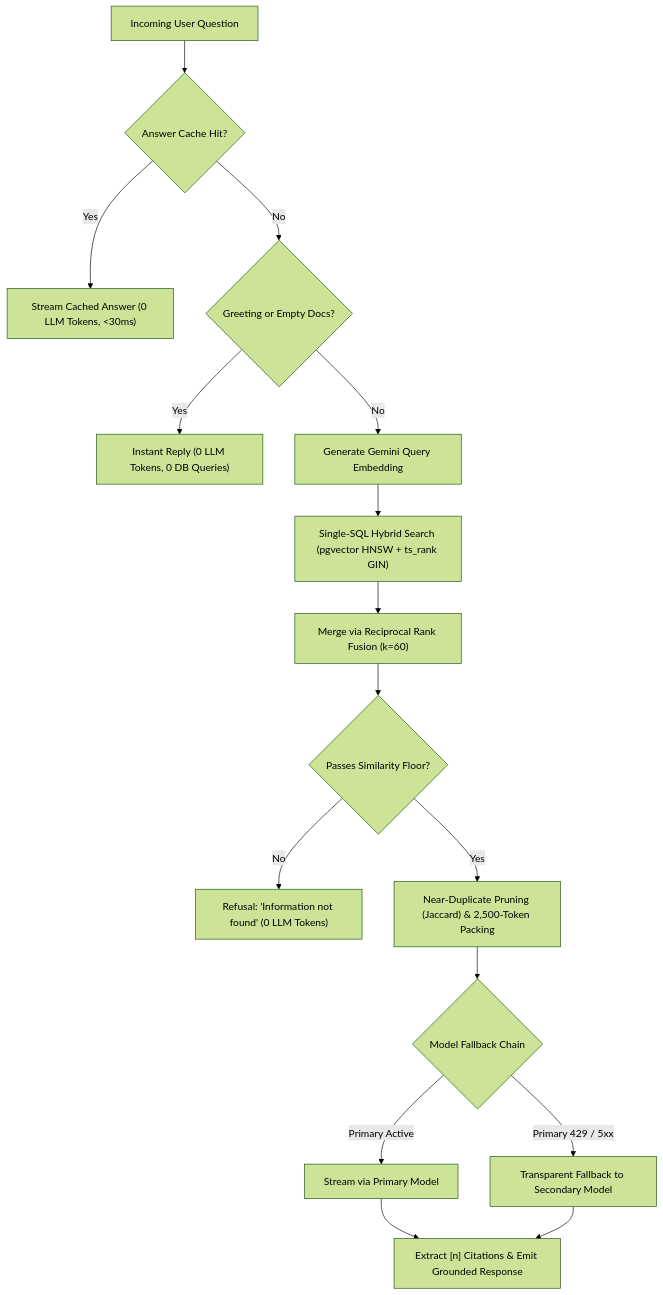
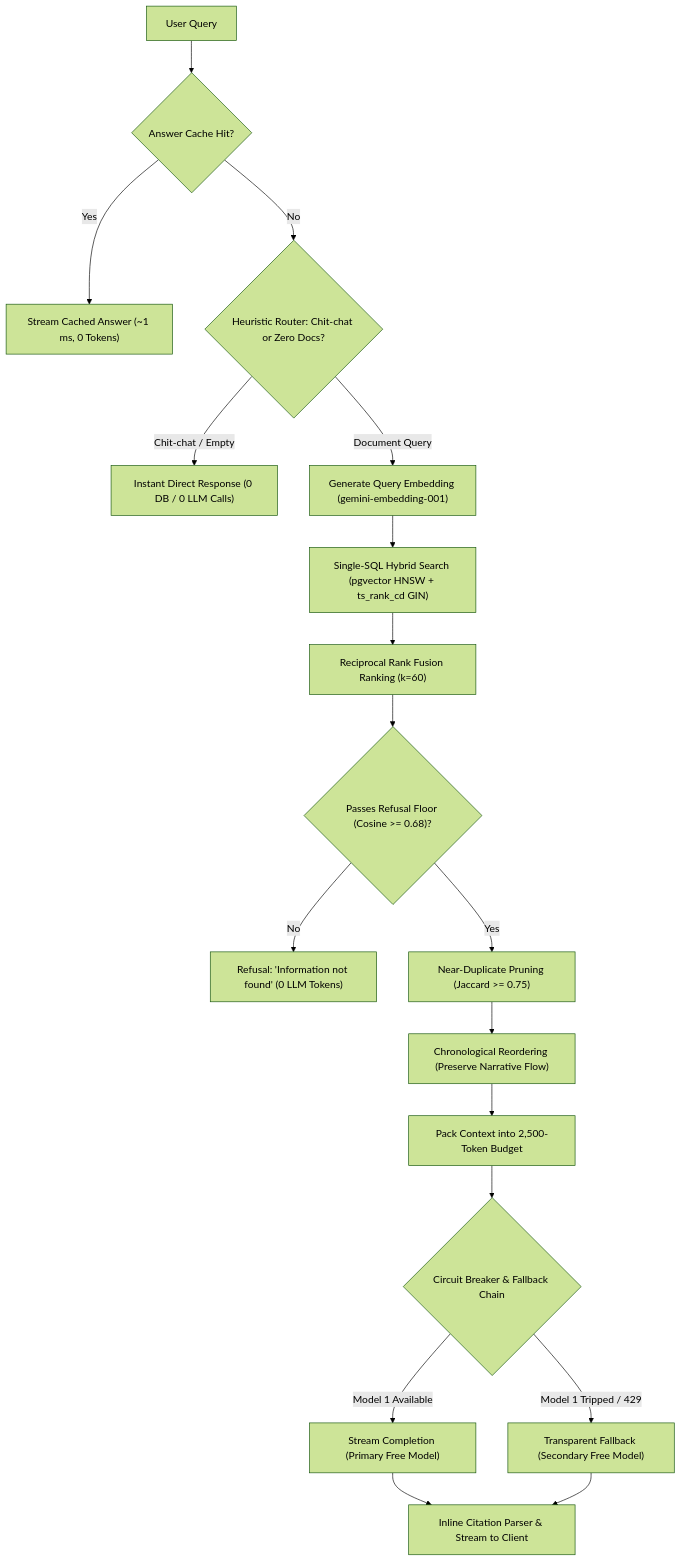
One commit to nitin7414/knowledgebase changed the second of 2 diagrams in README.md. Above: the diagram before and after it, drawn with Mermaid (forest theme). The commit also changed other lines of this file and 33 other files, not shown here.

````diff
--- a/README.md
+++ b/README.md
@@ -79,18 +91,20 @@
 ```mermaid
 flowchart TD
-    UserQuery["Incoming User Question"] --> AnswerCache{"Answer Cache Hit?"}
-    AnswerCache -->|Yes| StreamCached["Stream Cached Answer (0 LLM Tokens, <30ms)"]
-    AnswerCache -->|No| Heuristic{"Greeting or Empty Docs?"}
-    Heuristic -->|Yes| FastReply["Instant Reply (0 LLM Tokens, 0 DB Queries)"]
-    Heuristic -->|No| QueryVector["Generate Gemini Query Embedding"]
-    QueryVector --> HybridSQL["Single-SQL Hybrid Search (pgvector HNSW + ts_rank GIN)"]
-    HybridSQL --> RRF["Merge via Reciprocal Rank Fusion (k=60)"]
-    RRF --> Threshold{"Passes Similarity Floor?"}
-    Threshold -->|No| Refuse["Refusal: 'Information not found' (0 LLM Tokens)"]
-    Threshold -->|Yes| Dedupe["Near-Duplicate Pruning (Jaccard) & 2,500-Token Packing"]
-    Dedupe --> ModelChain{"Model Fallback Chain"}
-    ModelChain -->|Primary Active| ModelA["Stream via Primary Model"]
-    ModelChain -->|Primary 429 / 5xx| ModelB["Transparent Fallback to Secondary Model"]
-    ModelA --> ParseCitations["Extract [n] Citations & Emit Grounded Response"]
-    ModelB --> ParseCitations
+    Q["User Query"] --> C{"Answer Cache Hit?"}
+    C -->|Yes| SC["Stream Cached Answer (~1 ms, 0 Tokens)"]
+    C -->|No| R{"Heuristic Router: Chit-chat or Zero Docs?"}
+    R -->|Chit-chat / Empty| HR["Instant Direct Response (0 DB / 0 LLM Calls)"]
+    R -->|Document Query| QE["Generate Query Embedding (gemini-embedding-001)"]
+    QE --> HSQL["Single-SQL Hybrid Search (pgvector HNSW + ts_rank_cd GIN)"]
+    HSQL --> RRF["Reciprocal Rank Fusion Ranking (k=60)"]
+    RRF --> FL{"Passes Refusal Floor (Cosine >= 0.68)?"}
+    FL -->|No| REF["Refusal: 'Information not found' (0 LLM Tokens)"]
+    FL -->|Yes| NDP["Near-Duplicate Pruning (Jaccard >= 0.75)"]
+    NDP --> ORD["Chronological Reordering (Preserve Narrative Flow)"]
+    ORD --> CTX["Pack Context into 2,500-Token Budget"]
+    CTX --> CB{"Circuit Breaker & Fallback Chain"}
+    CB -->|Model 1 Available| M1["Stream Completion (Primary Free Model)"]
+    CB -->|Model 1 Tripped / 429| M2["Transparent Fallback (Secondary Free Model)"]
+    M1 --> CIT["Inline Citation Parser & Stream to Client"]
+    M2 --> CIT
 ```
````
